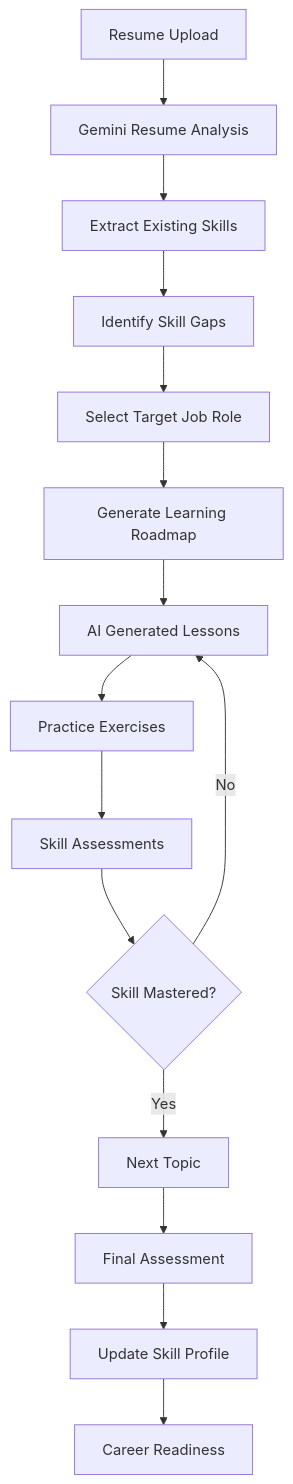
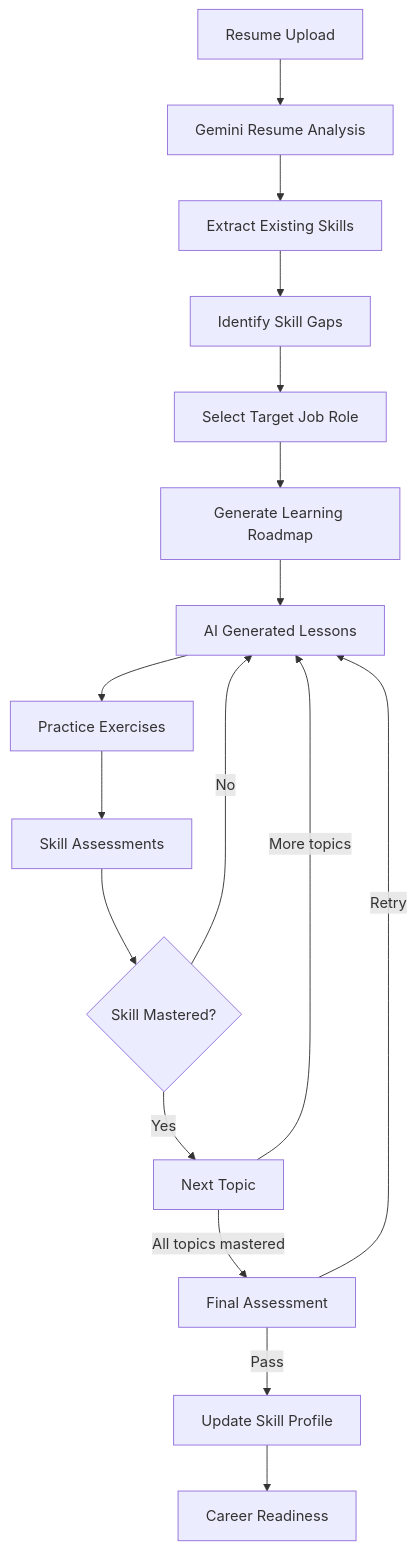
Before and after one commit to NishiNincia/CareerCrafts: the second of 2 diagrams in README.md, drawn with Mermaid. The commit also changed other lines of this file and 27 other files, not shown here.

````diff
--- a/README.md
+++ b/README.md
@@ -33,17 +34,19 @@
 ```mermaid
 flowchart TD
     A[Resume Upload] --> B[Gemini Resume Analysis]
     B --> C[Extract Existing Skills]
     C --> D[Identify Skill Gaps]
     D --> E[Select Target Job Role]
     E --> F[Generate Learning Roadmap]
     F --> G[AI Generated Lessons]
     G --> H[Practice Exercises]
     H --> I[Skill Assessments]
     I --> J{Skill Mastered?}
     J -->|No| G
     J -->|Yes| K[Next Topic]
-    K --> L[Final Assessment]
-    L --> M[Update Skill Profile]
+    K -->|More topics| G
+    K -->|All topics mastered| L[Final Assessment]
+    L -->|Pass| M[Update Skill Profile]
     M --> N[Career Readiness]
+    L -->|Retry| G
 ```
````
